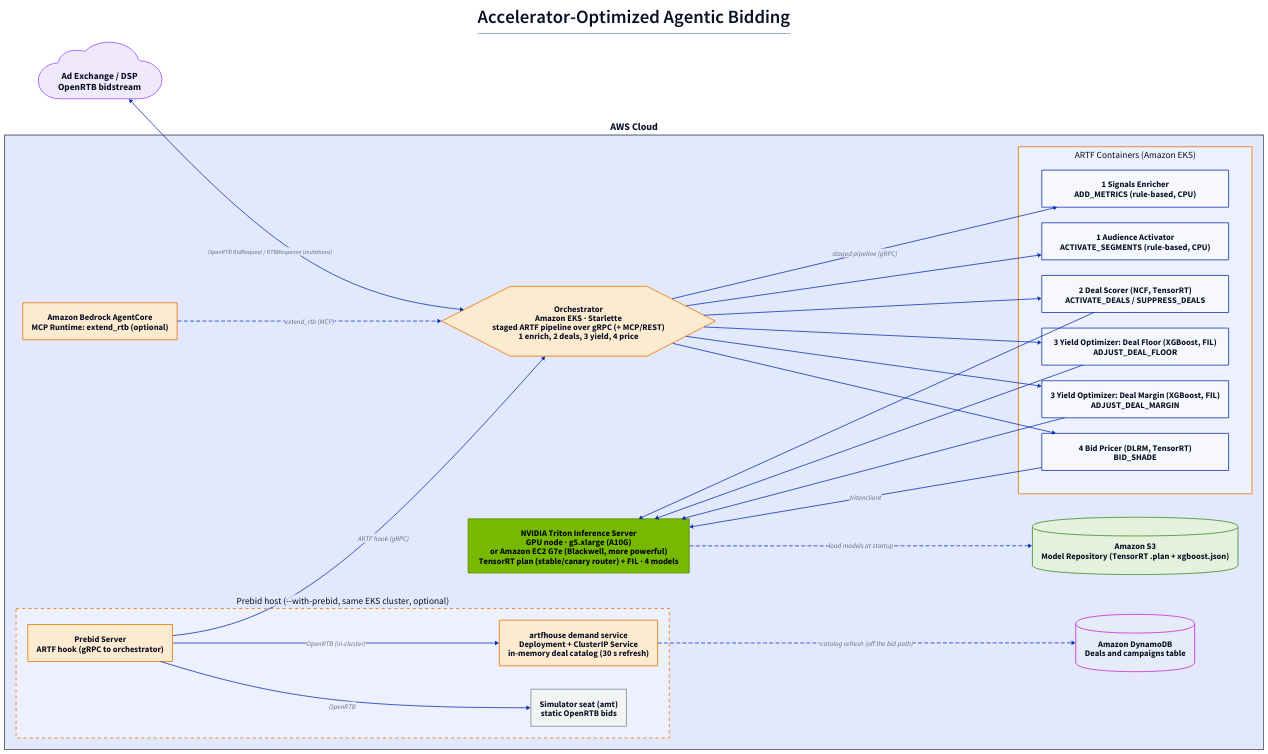
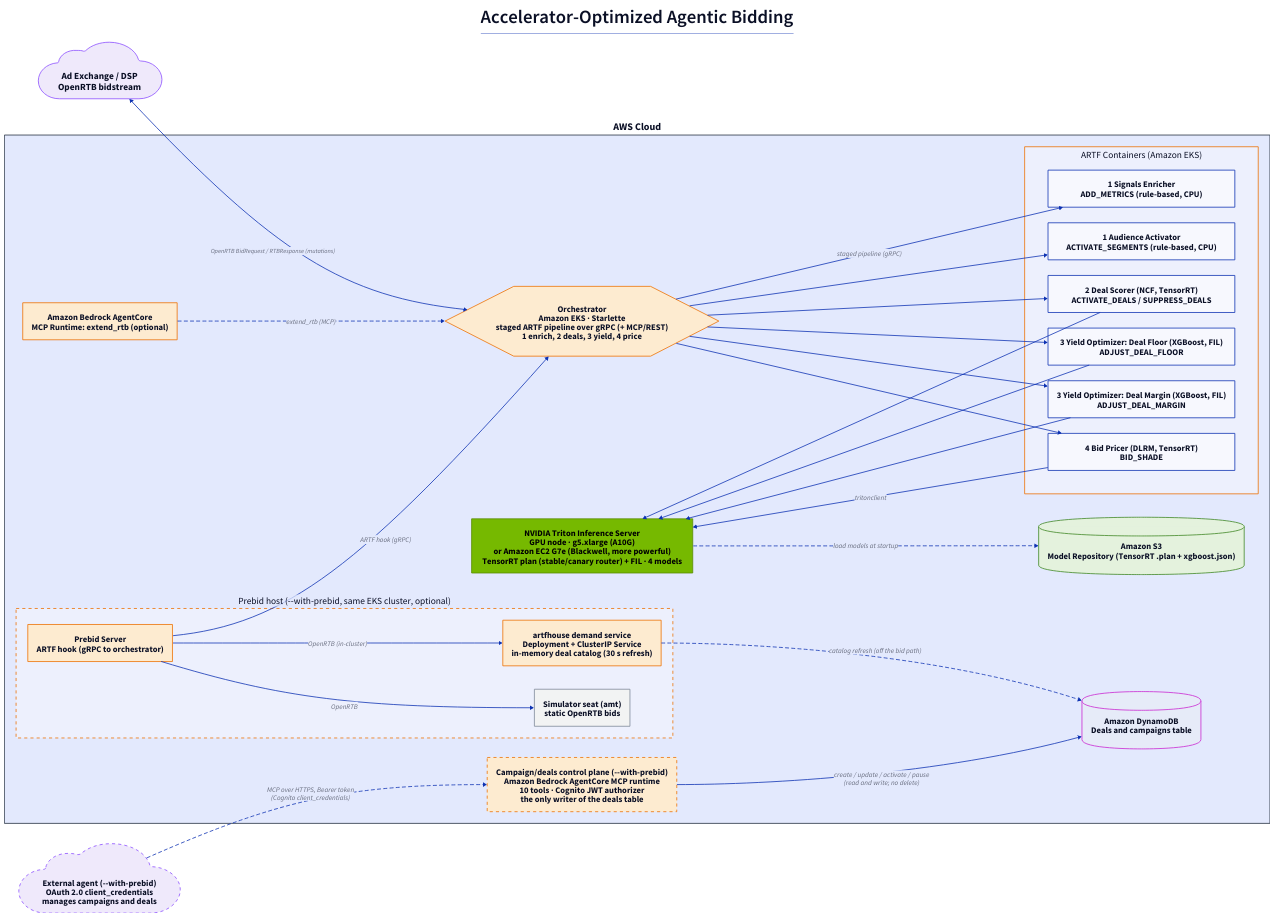
Before and after one commit to aws-solutions-library-samples/guidance-for-accelerator-optimized-agentic-bidding-on-aws: the diagram in assets/images/architecture-part1-realtime.d2, drawn with D2. The commit also changed 35 other files, not shown here.

First line of the commit message:
Add the campaign/deals MCP control plane on AgentCore

```diff
--- a/assets/images/architecture-part1-realtime.d2
+++ b/assets/images/architecture-part1-realtime.d2
@@ -1,128 +1,150 @@
 # Part 1: Real-Time Agentic Bidding (live integration path)
 # Shows how the solution is invoked in a live environment: an ad exchange / DSP
 # calls the ARTF extension point directly over the bidstream. The optional Prebid
 # host (--with-prebid) runs in the same EKS cluster and reaches the same extension
-# point through its ARTF hook. The React test console and its Cognito/CloudFront
-# auth path are intentionally omitted.
+# point through its ARTF hook. With Prebid, the campaign/deals MCP control plane
+# (an AgentCore runtime) lets an external agent manage the deals table over OAuth
+# client_credentials. The React test console and its Cognito/CloudFront auth path
+# are intentionally omitted.
 
 direction: right
 
 # Increase font sizes everywhere for readability
 **.style.font-size: 22
 (** -> **)[*].style.font-size: 18
 
 title: |md
   # Accelerator-Optimized Agentic Bidding
 | {
   near: top-center
   style.font-size: 24
   style.bold: true
 }
 
 exchange: "Ad Exchange / DSP\nOpenRTB bidstream" {
   shape: cloud
   style.fill: "#EFE9FB"
   style.stroke: "#8C4FFF"
   style.font-size: 24
+}
+
+agent: "External agent (--with-prebid)\nOAuth 2.0 client_credentials\nmanages campaigns and deals" {
+  shape: cloud
+  style.fill: "#EFE9FB"
+  style.stroke: "#8C4FFF"
+  style.stroke-dash: 4
+  style.font-size: 22
 }
 
 aws: "AWS Cloud" {
   style.stroke: "#232F3E"
   style.font-size: 26
   style.bold: true
 
   orch: "Orchestrator\nAmazon EKS · Starlette\nstaged ARTF pipeline over gRPC (+ MCP/REST)\n1 enrich, 2 deals, 3 yield, 4 price" {
     shape: hexagon
     style.fill: "#FDEBD0"
     style.stroke: "#ED7100"
     style.font-size: 22
   }
 
   containers: "ARTF Containers (Amazon EKS)" {
     style.stroke: "#ED7100"
     style.font-size: 24
     # Listed in pipeline stage order so the orchestrator edges do not cross.
     grid-columns: 1
     metrics: "1 Signals Enricher\nADD_METRICS (rule-based, CPU)"
     wd: "1 Audience Activator\nACTIVATE_SEGMENTS (rule-based, CPU)"
     ncf: "2 Deal Scorer (NCF, TensorRT)\nACTIVATE_DEALS / SUPPRESS_DEALS"
     yield_floor: "3 Yield Optimizer: Deal Floor (XGBoost, FIL)\nADJUST_DEAL_FLOOR"
     yield_margin: "3 Yield Optimizer: Deal Margin (XGBoost, FIL)\nADJUST_DEAL_MARGIN"
     dlrm: "4 Bid Pricer (DLRM, TensorRT)\nBID_SHADE"
   }
 
   triton: "NVIDIA Triton Inference Server\nGPU node · g5.xlarge (A10G)\nor Amazon EC2 G7e (Blackwell, more powerful)\nTensorRT plan (stable/canary router) + FIL · 4 models" {
     style.fill: "#76b900"
     style.stroke: "#5a8c00"
     style.font-color: "#000000"
     style.font-size: 22
   }
 
   models: "Amazon S3\nModel Repository (TensorRT .plan + xgboost.json)" {
     shape: cylinder
     style.fill: "#E4F2DD"
     style.stroke: "#3F8624"
     style.font-size: 22
   }
 
   agentcore: "Amazon Bedrock AgentCore\nMCP Runtime: extend_rtb (optional)" {
     style.fill: "#FDEBD0"
     style.stroke: "#ED7100"
     style.font-size: 22
   }
 
   prebid_host: "Prebid host (--with-prebid, same EKS cluster, optional)" {
     style.stroke: "#ED7100"
     style.stroke-dash: 4
     style.font-size: 24
 
     pbs: "Prebid Server\nARTF hook (gRPC to orchestrator)" {
       style.fill: "#FDEBD0"
       style.stroke: "#ED7100"
     }
     demand: "artfhouse demand service\nDeployment + ClusterIP Service\nin-memory deal catalog (30 s refresh)" {
       style.fill: "#FDEBD0"
       style.stroke: "#ED7100"
     }
     sim: "Simulator seat (amt)\nstatic OpenRTB bids" {
       style.fill: "#F2F3F3"
       style.stroke: "#7D8998"
     }
   }
 
   deals: "Amazon DynamoDB\nDeals and campaigns table" {
     shape: cylinder
     style.fill: "#E6EBF8"
     style.stroke: "#C925D1"
     style.font-size: 22
   }
+
+  control: "Campaign/deals control plane (--with-prebid)\nAmazon Bedrock AgentCore MCP runtime\n10 tools · Cognito JWT authorizer\nthe only writer of the deals table" {
+    style.fill: "#FDEBD0"
+    style.stroke: "#ED7100"
+    style.stroke-dash: 4
+    style.font-size: 22
+  }
 }
 
 exchange <-> aws.orch: "OpenRTB BidRequest / RTBResponse (mutations)"
 
 aws.orch -> aws.containers.metrics: "staged pipeline (gRPC)"
 aws.orch -> aws.containers.wd
 aws.orch -> aws.containers.ncf
 aws.orch -> aws.containers.yield_floor
 aws.orch -> aws.containers.yield_margin
 aws.orch -> aws.containers.dlrm
 
 aws.containers.dlrm -> aws.triton: "tritonclient"
 aws.containers.ncf -> aws.triton
 aws.containers.yield_floor -> aws.triton
 aws.containers.yield_margin -> aws.triton
 
 aws.triton -> aws.models: "load models at startup" {
   style.stroke-dash: 4
 }
 
 aws.agentcore -> aws.orch: "extend_rtb (MCP)" {
   style.stroke-dash: 4
 }
 
 aws.prebid_host.pbs -> aws.orch: "ARTF hook (gRPC)"
 aws.prebid_host.pbs -> aws.prebid_host.demand: "OpenRTB (in-cluster)"
 aws.prebid_host.pbs -> aws.prebid_host.sim: "OpenRTB"
 aws.prebid_host.demand -> aws.deals: "catalog refresh (off the bid path)" {
   style.stroke-dash: 4
 }
+
+agent -> aws.control: "MCP over HTTPS, Bearer token\n(Cognito client_credentials)" {
+  style.stroke-dash: 4
+}
+aws.control -> aws.deals: "create / update / activate / pause\n(read and write; no delete)"
```
